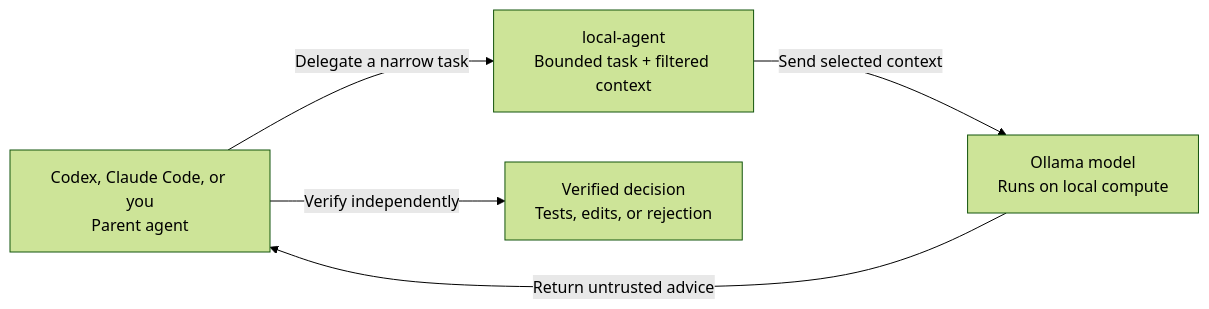
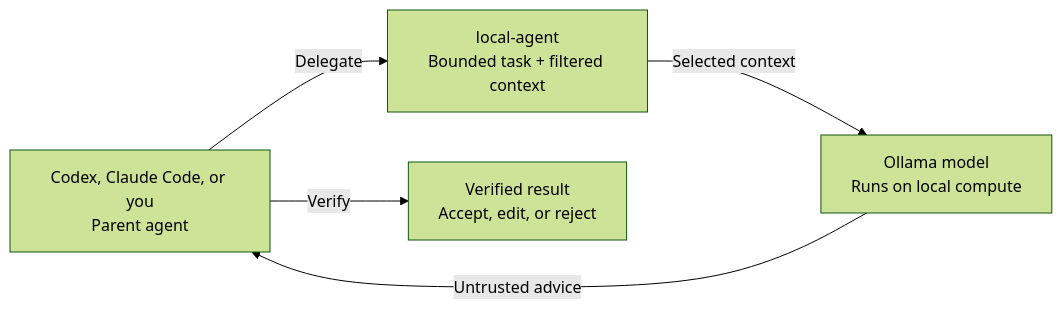
Before and after one commit to tomerzipori/local-agent-toolkit: the diagram in README.md, drawn with Mermaid (forest theme). The commit also changed other lines of this file, not shown here.

````diff
--- a/README.md
+++ b/README.md
@@ -35,12 +26,12 @@
 ```mermaid
 flowchart LR
     A["Codex, Claude Code, or you<br/>Parent agent"]
     B["local-agent<br/>Bounded task + filtered context"]
     C["Ollama model<br/>Runs on local compute"]
-    D["Verified decision<br/>Tests, edits, or rejection"]
+    D["Verified result<br/>Accept, edit, or reject"]
 
-    A -->|Delegate a narrow task| B
-    B -->|Send selected context| C
-    C -->|Return untrusted advice| A
-    A -->|Verify independently| D
+    A -->|Delegate| B
+    B -->|Selected context| C
+    C -->|Untrusted advice| A
+    A -->|Verify| D
 ```
````
